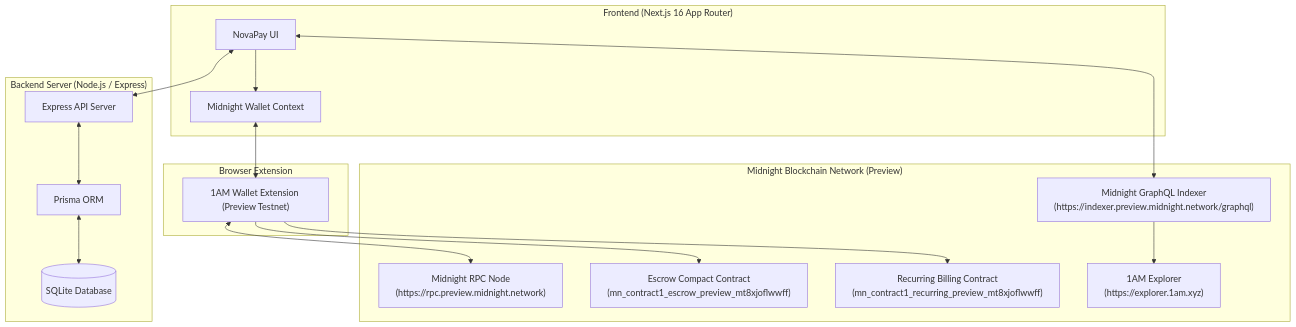
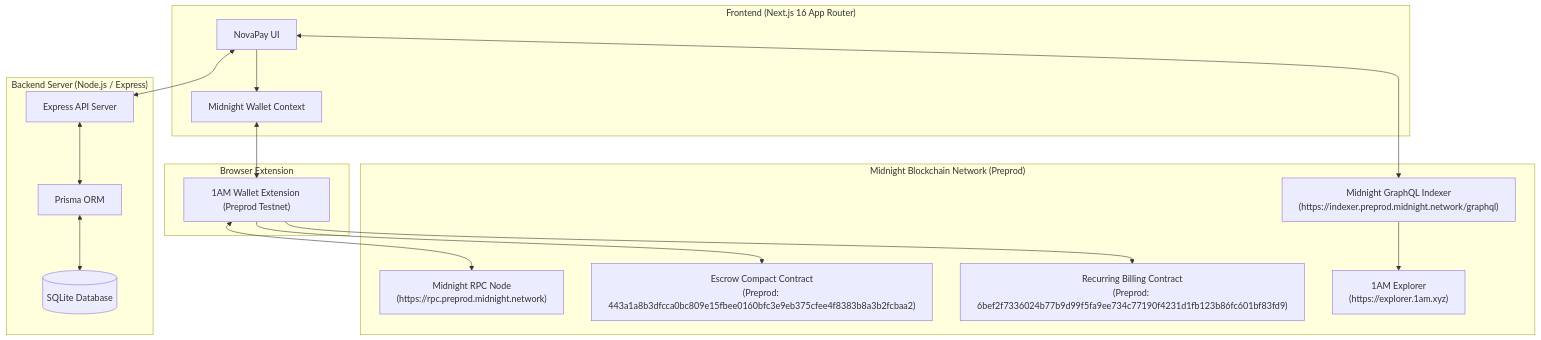
Before and after one commit to Riju79/NovaPay: the diagram in README.md, drawn with Mermaid. The commit also changed other lines of this file, not shown here.

Commit message:
docs: update README with Preprod deployment, contract IDs, Google form, spreadsheet, and X links

````diff
--- a/README.md
+++ b/README.md
@@ -93,36 +115,36 @@
 ```mermaid
 flowchart TD
     subgraph Client ["Frontend (Next.js 16 App Router)"]
         UI["NovaPay UI"]
         WalletCtx["Midnight Wallet Context"]
     end
 
     subgraph Wallet ["Browser Extension"]
-        OneAM["1AM Wallet Extension (Preview Testnet)"]
+        OneAM["1AM Wallet Extension (Preprod Testnet)"]
     end
 
     subgraph Backend ["Backend Server (Node.js / Express)"]
         API["Express API Server"]
         Prisma["Prisma ORM"]
         DB[(SQLite Database)]
     end
 
-    subgraph Blockchain ["Midnight Blockchain Network (Preview)"]
-        RPC["Midnight RPC Node\n(https://rpc.preview.midnight.network)"]
-        Indexer["Midnight GraphQL Indexer\n(https://indexer.preview.midnight.network/graphql)"]
-        EscrowContract["Escrow Compact Contract\n(mn_contract1_escrow_preview_mt8xjoflwwff)"]
-        RecurringContract["Recurring Billing Contract\n(mn_contract1_recurring_preview_mt8xjoflwwff)"]
+    subgraph Blockchain ["Midnight Blockchain Network (Preprod)"]
+        RPC["Midnight RPC Node\n(https://rpc.preprod.midnight.network)"]
+        Indexer["Midnight GraphQL Indexer\n(https://indexer.preprod.midnight.network/graphql)"]
+        EscrowContract["Escrow Compact Contract\n(Preprod: 443a1a8b3dfcca0bc809e15fbee0160bfc3e9eb375cfee4f8383b8a3b2fcbaa2)"]
+        RecurringContract["Recurring Billing Contract\n(Preprod: 6bef2f7336024b77b9d99f5fa9ee734c77190f4231d1fb123b86fc601bf83fd9)"]
         Explorer["1AM Explorer\n(https://explorer.1am.xyz)"]
     end
 
     UI --> WalletCtx
     WalletCtx <--> OneAM
     OneAM <--> RPC
     UI <--> API
     API <--> Prisma
     Prisma <--> DB
     UI <--> Indexer
     OneAM --> EscrowContract
     OneAM --> RecurringContract
     Indexer --> Explorer
 ```
````
